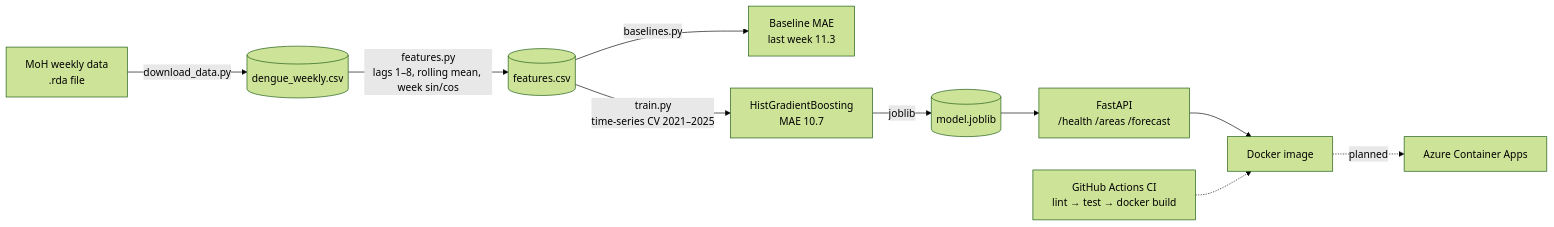
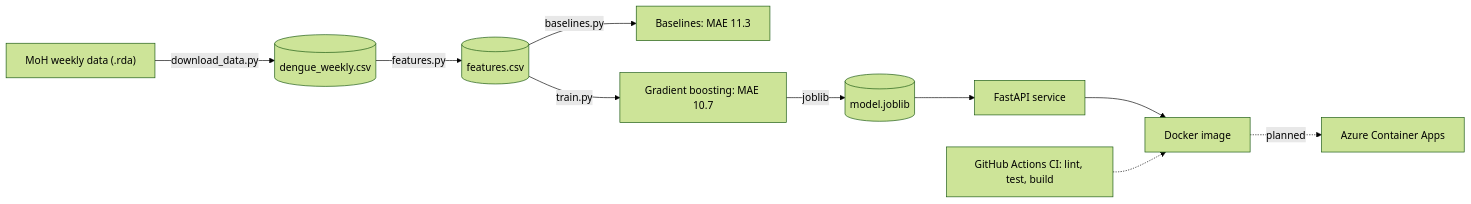
The diagram in README.md (Danishiyan/dengue-early-warning), drawn with Mermaid (forest theme) before and after one commit. The commit also changed other lines of this file, not shown here.

Commit message:
docs: fix Mermaid rendering and soften reproducibility claim

````diff
--- a/README.md
+++ b/README.md
@@ -11,12 +11,12 @@
 ```mermaid
 flowchart LR
-    A[MoH weekly data<br/>.rda file] -->|download_data.py| B[(dengue_weekly.csv)]
-    B -->|features.py<br/>lags 1–8, rolling mean, week sin/cos| C[(features.csv)]
-    C -->|baselines.py| D[Baseline MAE<br/>last week 11.3]
-    C -->|train.py<br/>time-series CV 2021–2025| E[HistGradientBoosting<br/>MAE 10.7]
-    E -->|joblib| F[(model.joblib)]
-    F --> G[FastAPI<br/>/health /areas /forecast]
-    G --> H[Docker image]
-    H -.->|planned| I[Azure Container Apps]
-    J[GitHub Actions CI<br/>lint → test → docker build] -.-> H
+    A["MoH weekly data (.rda)"] -->|download_data.py| B[("dengue_weekly.csv")]
+    B -->|features.py| C[("features.csv")]
+    C -->|baselines.py| D["Baselines: MAE 11.3"]
+    C -->|train.py| E["Gradient boosting: MAE 10.7"]
+    E -->|joblib| F[("model.joblib")]
+    F --> G["FastAPI service"]
+    G --> H["Docker image"]
+    H -.->|planned| I["Azure Container Apps"]
+    J["GitHub Actions CI: lint, test, build"] -.-> H
 ```
````
